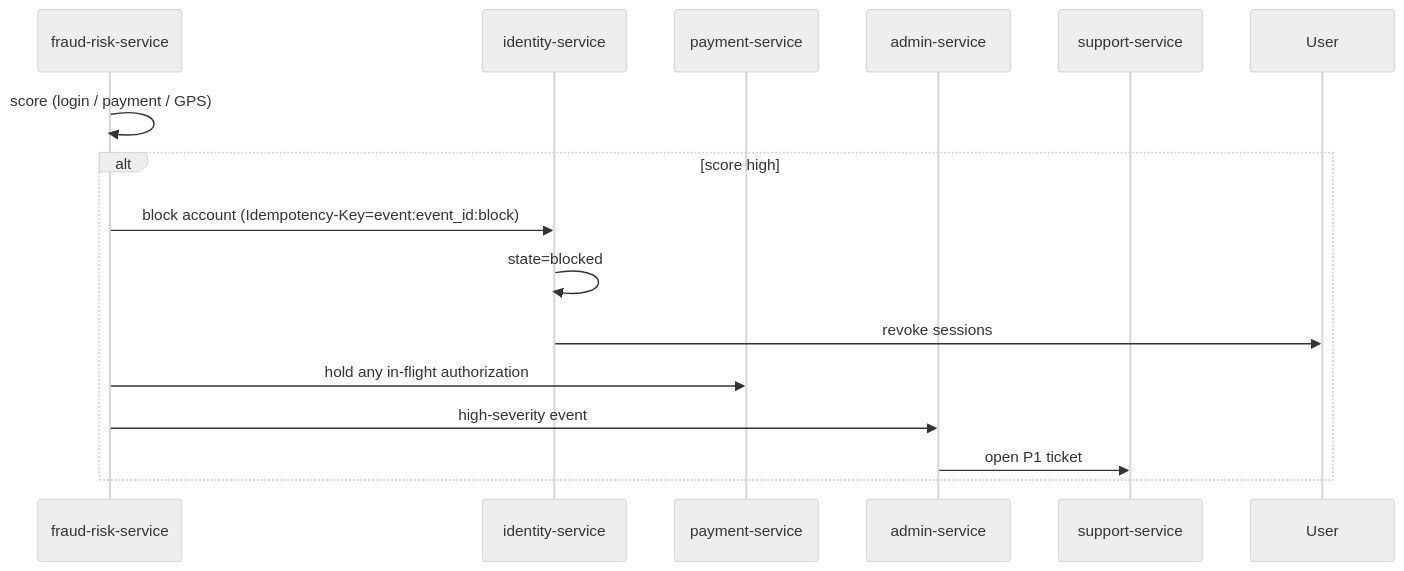
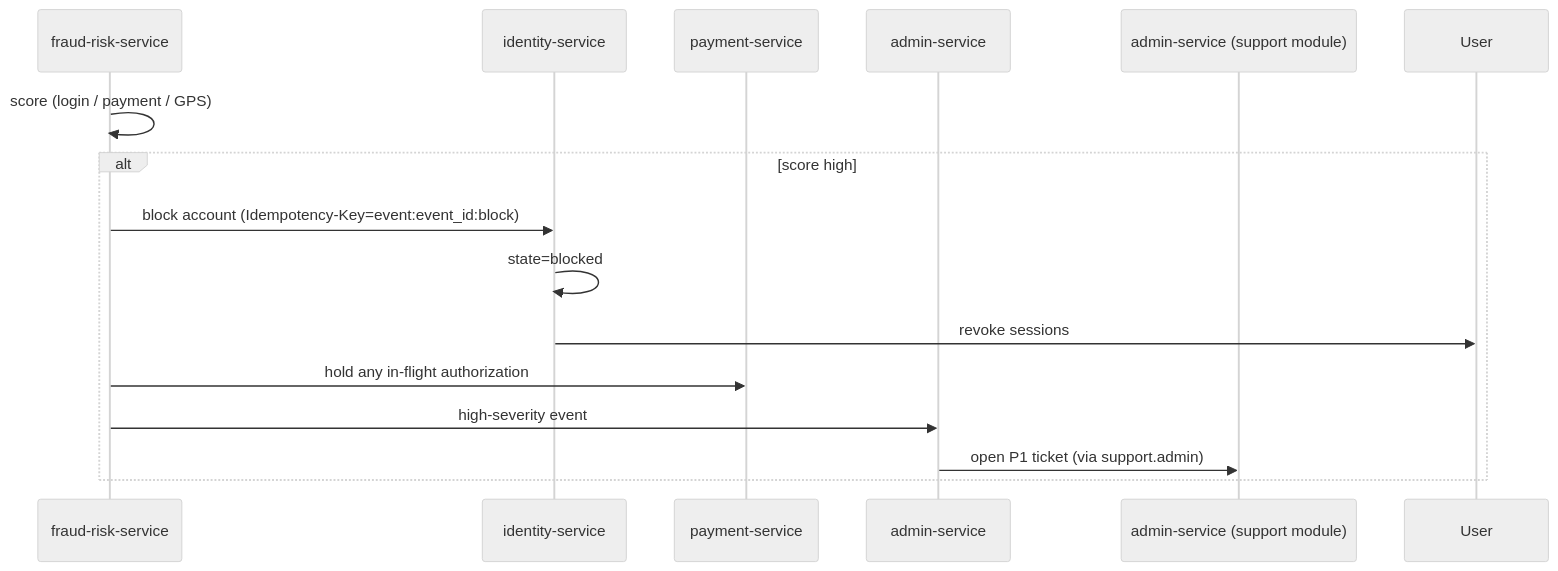
One commit to mohamedhabibwork/trips-enjoy-docs changed the seventh of 10 diagrams in docs/workflows/SAFETY_WORKFLOWS.md. Above: the diagram before and after it, drawn with Mermaid (neutral theme). The commit also changed other lines of this file and 525 other files, not shown here.

````diff
--- a/docs/workflows/SAFETY_WORKFLOWS.md
+++ b/docs/workflows/SAFETY_WORKFLOWS.md
@@ -140,19 +141,19 @@
 ```mermaid
 sequenceDiagram
     participant FR as fraud-risk-service
     participant ID as identity-service
     participant PAY as payment-service
     participant ADM as admin-service
-    participant SUP as support-service
+    participant ADM2 as admin-service (support module)
     participant USR as User
 
     FR->>FR: score (login / payment / GPS)
     alt score high
         FR->>ID: block account (Idempotency-Key=event:event_id:block)
         ID->>ID: state=blocked
         ID->>USR: revoke sessions
         FR->>PAY: hold any in-flight authorization
         FR->>ADM: high-severity event
-        ADM->>SUP: open P1 ticket
+        ADM->>ADM2: open P1 ticket (via support.admin)
     end
 ```
````
